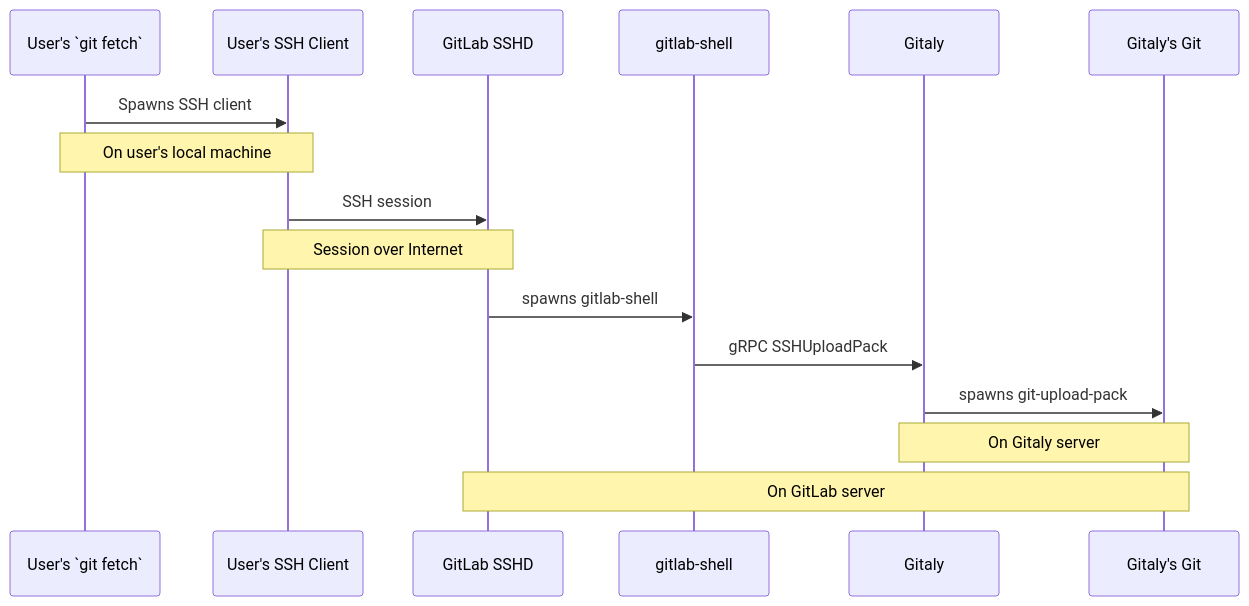
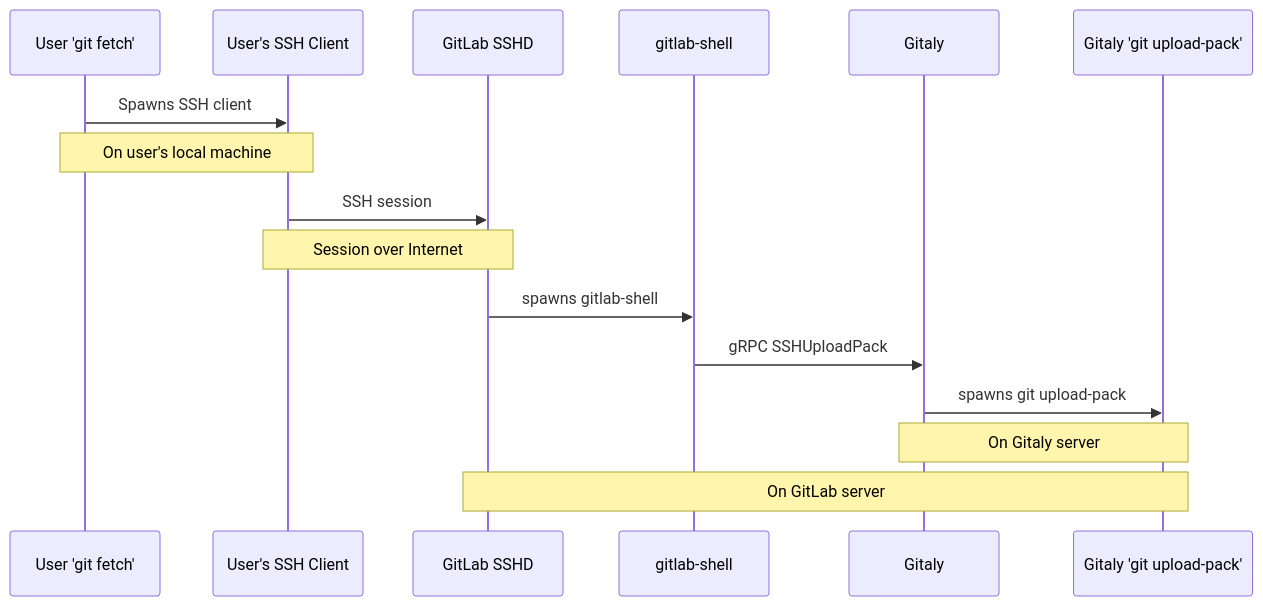
One commit to qeesung/gitaly changed the first of 2 diagrams in cmd/gitaly-ssh/README.md. Above: the diagram before and after it, drawn with Mermaid. The commit also changed other lines of this file, not shown here.

````diff
--- a/cmd/gitaly-ssh/README.md
+++ b/cmd/gitaly-ssh/README.md
@@ -14,22 +14,22 @@
 ```mermaid
 sequenceDiagram
-  participant UserGit as User's `git fetch`
+  participant UserGit as User 'git fetch'
   participant SSHClient as User's SSH Client
   participant SSHD as GitLab SSHD
   participant GitLabShell as gitlab-shell
   participant GitalyServer as Gitaly
-  participant GitalyGit as Gitaly's Git
+  participant GitalyGit as Gitaly 'git upload-pack'
 
   UserGit ->> SSHClient: Spawns SSH client
   Note over UserGit,SSHClient: On user's local machine
 
   SSHClient ->> SSHD: SSH session
   Note over SSHClient,SSHD: Session over Internet
 
   SSHD ->> GitLabShell: spawns gitlab-shell
   GitLabShell ->> GitalyServer: gRPC SSHUploadPack
-  GitalyServer ->> GitalyGit: spawns git-upload-pack
+  GitalyServer ->> GitalyGit: spawns git upload-pack
 
   Note over GitalyServer,GitalyGit: On Gitaly server
   Note over SSHD,GitalyGit: On GitLab server
 ```
````
